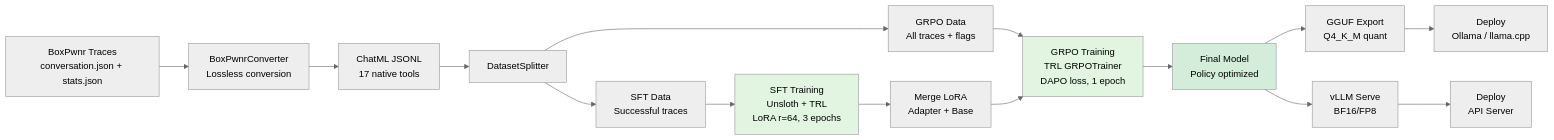
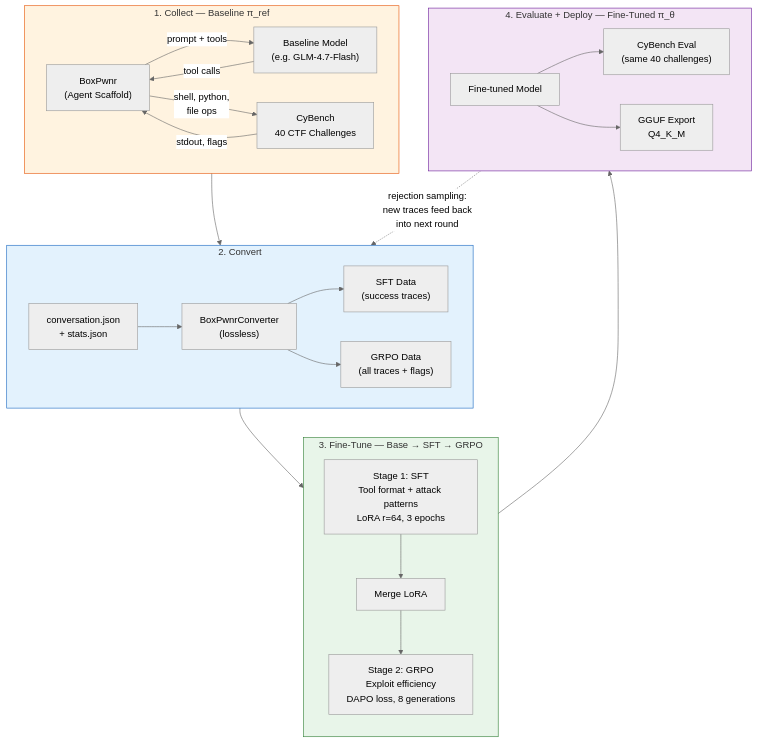
Before and after one commit to westonbrown/open-ctf-env: the first of 6 diagrams in README.md, drawn with Mermaid (neutral theme). The commit also changed other lines of this file, not shown here.

````diff
--- a/README.md
+++ b/README.md
@@ -18,26 +20,48 @@
 ```mermaid
-graph LR
-    A[BoxPwnr Traces<br/>conversation.json + stats.json] --> B[BoxPwnrConverter<br/>Lossless conversion]
-    B --> C[ChatML JSONL<br/>17 native tools]
-    C --> D[DatasetSplitter]
+flowchart TB
+    subgraph collect["1. Collect — Baseline π_ref"]
+        direction LR
+        scaffold["BoxPwnr<br/>(Agent Scaffold)"]
+        llm["Baseline Model<br/>(e.g. GLM-4.7-Flash)"]
+        challenges["CyBench<br/>40 CTF Challenges"]
+        scaffold -- "prompt + tools" --> llm
+        llm -- "tool calls" --> scaffold
+        scaffold -- "shell, python,<br/>file ops" --> challenges
+        challenges -- "stdout, flags" --> scaffold
+    end
 
-    D --> E[SFT Data<br/>Successful traces]
-    D --> F[GRPO Data<br/>All traces + flags]
+    subgraph convert["2. Convert"]
+        traces["conversation.json<br/>+ stats.json"]
+        converter["BoxPwnrConverter<br/>(lossless)"]
+        sft_data["SFT Data<br/>(success traces)"]
+        grpo_data["GRPO Data<br/>(all traces + flags)"]
+        traces --> converter
+        converter --> sft_data
+        converter --> grpo_data
+    end
 
-    E --> G[SFT Training<br/>Unsloth + TRL<br/>LoRA r=64, 3 epochs]
-    F --> H[GRPO Training<br/>TRL GRPOTrainer<br/>DAPO loss, 1 epoch]
+    subgraph train["3. Fine-Tune — Base → SFT → GRPO"]
+        direction TB
+        sft["Stage 1: SFT<br/>Tool format + attack patterns<br/>LoRA r=64, 3 epochs"]
+        merge["Merge LoRA"]
+        grpo["Stage 2: GRPO<br/>Exploit efficiency<br/>DAPO loss, 8 generations"]
+        sft --> merge --> grpo
+    end
 
-    G --> I[Merge LoRA<br/>Adapter + Base]
-    I --> H
-    H --> J[Final Model<br/>Policy optimized]
+    subgraph deploy["4. Evaluate + Deploy — Fine-Tuned π_θ"]
+        direction LR
+        eval_model["Fine-tuned Model"]
+        eval_bench["CyBench Eval<br/>(same 40 challenges)"]
+        export["GGUF Export<br/>Q4_K_M"]
+        eval_model --> eval_bench
+        eval_model --> export
+    end
 
-    J --> K[GGUF Export<br/>Q4_K_M quant]
-    J --> L[vLLM Serve<br/>BF16/FP8]
+    collect --> convert --> train --> deploy
+    deploy -. "rejection sampling:<br/>new traces feed back<br/>into next round" .-> convert
 
-    K --> M[Deploy<br/>Ollama / llama.cpp]
-    L --> N[Deploy<br/>API Server]
-
-    style G fill:#e1f5e1
-    style H fill:#e1f5e1
-    style J fill:#d4edda
+    style collect fill:#fff3e0,stroke:#e65100
+    style convert fill:#e3f2fd,stroke:#1565c0
+    style train fill:#e8f5e9,stroke:#2e7d32
+    style deploy fill:#f3e5f5,stroke:#6a1b9a
 ```
````
